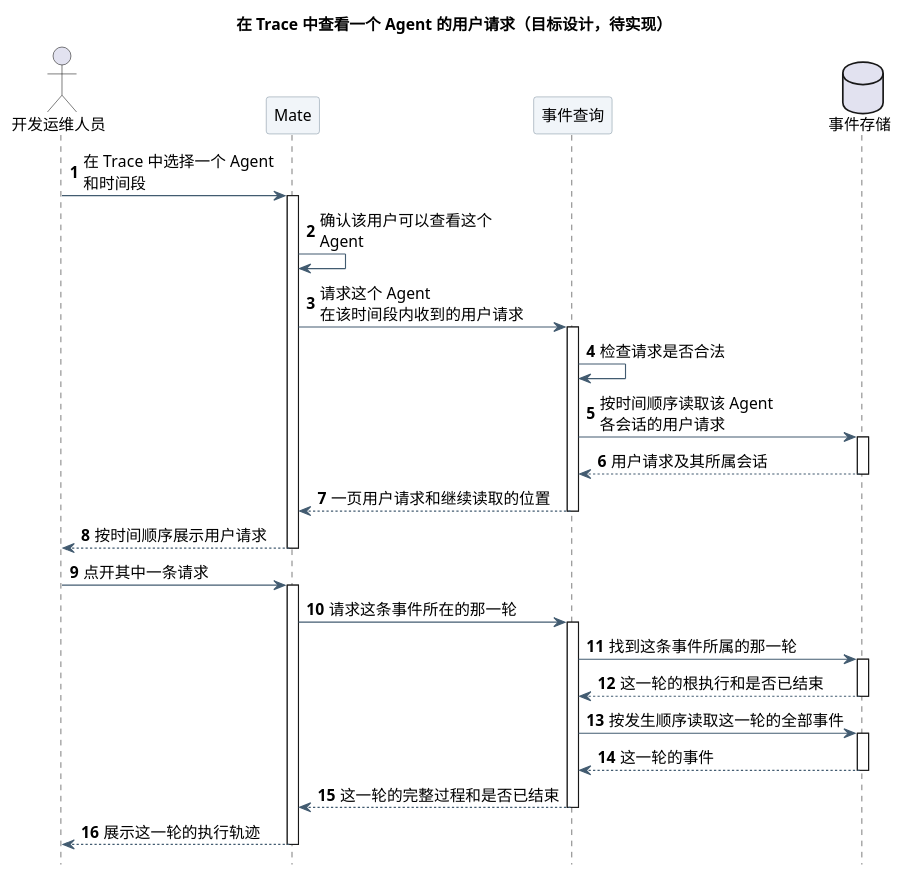
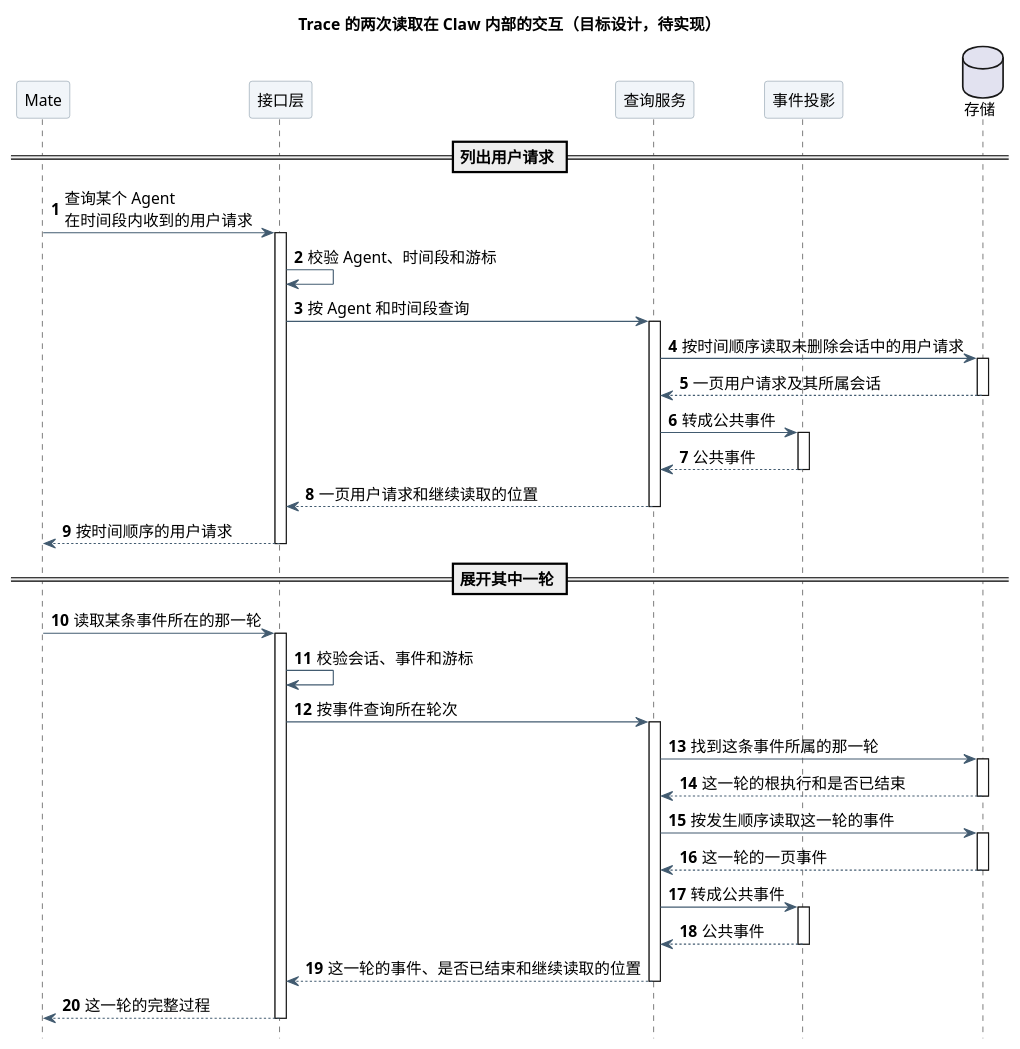
One commit to ssm0808/pi-mono-java-design changed the first of 3 diagrams in 01-总体架构/01-CampusClaw多Agent运行时/设计图/Agent用户事件查询/diagram.puml. Above: the diagram before and after it, drawn with PlantUML. The commit also changed other lines of this file and 5 other files, not shown here.

```diff
--- a/01-总体架构/01-CampusClaw多Agent运行时/设计图/Agent用户事件查询/diagram.puml
+++ b/01-总体架构/01-CampusClaw多Agent运行时/设计图/Agent用户事件查询/diagram.puml
@@ -1,57 +1,68 @@
 @startuml agent_user_events_overview
 ' 源码证据：pi-mono-java main 769e86592285f4a25b0febaf551eddea6bc7212c
 ' modules/coding-agent-cli/src/main/java/com/campusclaw/codingagent/runtimeapi/
 ' web/RuntimeEventController.java:list
 ' event/CommittedEventQueryService.java:list,pageOf
 ' event/CommittedEventProjection.java:project
 ' persistence/MyBatisRuntimeExecutionControlRepository.java:linkCommittedEvent
 ' 已观察行为：事件只能按单个 Session 读取；轮次以根执行和结果段关联的形式存在。
-' 设计原因：Trace 先按 Agent 列出用户请求，再按需展开其中一轮的执行轨迹。
+' 设计原因：只画 Mate 调用后 Claw 内部的交互；Mate 的认证与权限判断不在本图范围。
 ' 待实现：两个读取接口和事件表 agent_id 索引。
 skinparam backgroundColor white
 skinparam defaultFontName SansSerif
 skinparam defaultFontSize 14
 skinparam shadowing false
 skinparam ArrowColor #425B70
 skinparam sequenceParticipantBackgroundColor #F1F5F9
 skinparam sequenceParticipantBorderColor #8496A4
 skinparam sequenceMessageAlign left
 skinparam maxMessageSize 190
 hide footbox
 autonumber
-title 在 Trace 中查看一个 Agent 的用户请求（目标设计，待实现）
-actor "开发运维人员" as Operator
+title Trace 的两次读取在 Claw 内部的交互（目标设计，待实现）
 participant "Mate" as Mate
-participant "事件查询" as Query
-database "事件存储" as Store
-Operator -> Mate : 在 Trace 中选择一个 Agent 和时间段
-activate Mate
-Mate -> Mate : 确认该用户可以查看这个 Agent
-Mate -> Query : 请求这个 Agent 在该时间段内收到的用户请求
-activate Query
-Query -> Query : 检查请求是否合法
-Query -> Store : 按时间顺序读取该 Agent 各会话的用户请求
+participant "接口层" as Web
+participant "查询服务" as Svc
+participant "事件投影" as Proj
+database "存储" as Store
+== 列出用户请求 ==
+Mate -> Web : 查询某个 Agent 在时间段内收到的用户请求
+activate Web
+Web -> Web : 校验 Agent、时间段和游标
+Web -> Svc : 按 Agent 和时间段查询
+activate Svc
+Svc -> Store : 按时间顺序读取未删除会话中的用户请求
 activate Store
-Store --> Query : 用户请求及其所属会话
+Store --> Svc : 一页用户请求及其所属会话
 deactivate Store
-Query --> Mate : 一页用户请求和继续读取的位置
-deactivate Query
-Mate --> Operator : 按时间顺序展示用户请求
-deactivate Mate
-Operator -> Mate : 点开其中一条请求
-activate Mate
-Mate -> Query : 请求这条事件所在的那一轮
-activate Query
-Query -> Store : 找到这条事件所属的那一轮
+Svc -> Proj : 转成公共事件
+activate Proj
+Proj --> Svc : 公共事件
+deactivate Proj
+Svc --> Web : 一页用户请求和继续读取的位置
+deactivate Svc
+Web --> Mate : 按时间顺序的用户请求
+deactivate Web
+== 展开其中一轮 ==
+Mate -> Web : 读取某条事件所在的那一轮
+activate Web
+Web -> Web : 校验会话、事件和游标
+Web -> Svc : 按事件查询所在轮次
+activate Svc
+Svc -> Store : 找到这条事件所属的那一轮
 activate Store
-Store --> Query : 这一轮的根执行和是否已结束
+Store --> Svc : 这一轮的根执行和是否已结束
 deactivate Store
-Query -> Store : 按发生顺序读取这一轮的全部事件
+Svc -> Store : 按发生顺序读取这一轮的事件
 activate Store
-Store --> Query : 这一轮的事件
+Store --> Svc : 这一轮的一页事件
 deactivate Store
-Query --> Mate : 这一轮的完整过程和是否已结束
-deactivate Query
-Mate --> Operator : 展示这一轮的执行轨迹
-deactivate Mate
+Svc -> Proj : 转成公共事件
+activate Proj
+Proj --> Svc : 公共事件
+deactivate Proj
+Svc --> Web : 这一轮的事件、是否已结束和继续读取的位置
+deactivate Svc
+Web --> Mate : 这一轮的完整过程
+deactivate Web
 @enduml
```
